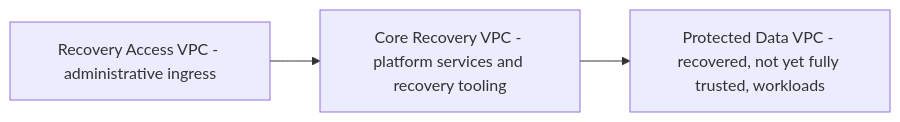
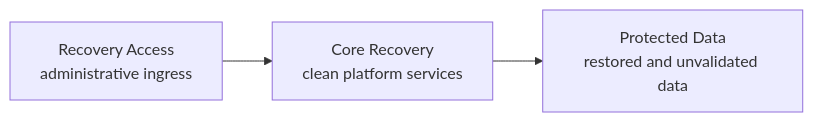
Before and after one commit to CloudDevops2789/terraform_modules: the first of 2 diagrams in docs/adr/ADR-002-managed-ad.md, drawn with Mermaid. The commit also changed other lines of this file and 15 other files, not shown here.

````diff
--- a/docs/adr/ADR-002-managed-ad.md
+++ b/docs/adr/ADR-002-managed-ad.md
@@ -13,5 +15,9 @@
 ```mermaid
 flowchart LR
-    RA[Recovery Access VPC - administrative ingress] --> CR[Core Recovery VPC - platform services and recovery tooling]
-    CR --> PD[Protected Data VPC - recovered, not yet fully trusted, workloads]
+    RA["Recovery Access<br/>administrative ingress"]
+    CR["Core Recovery<br/>clean platform services"]
+    PD["Protected Data<br/>restored and unvalidated data"]
+
+    RA --> CR
+    CR --> PD
 ```
````
